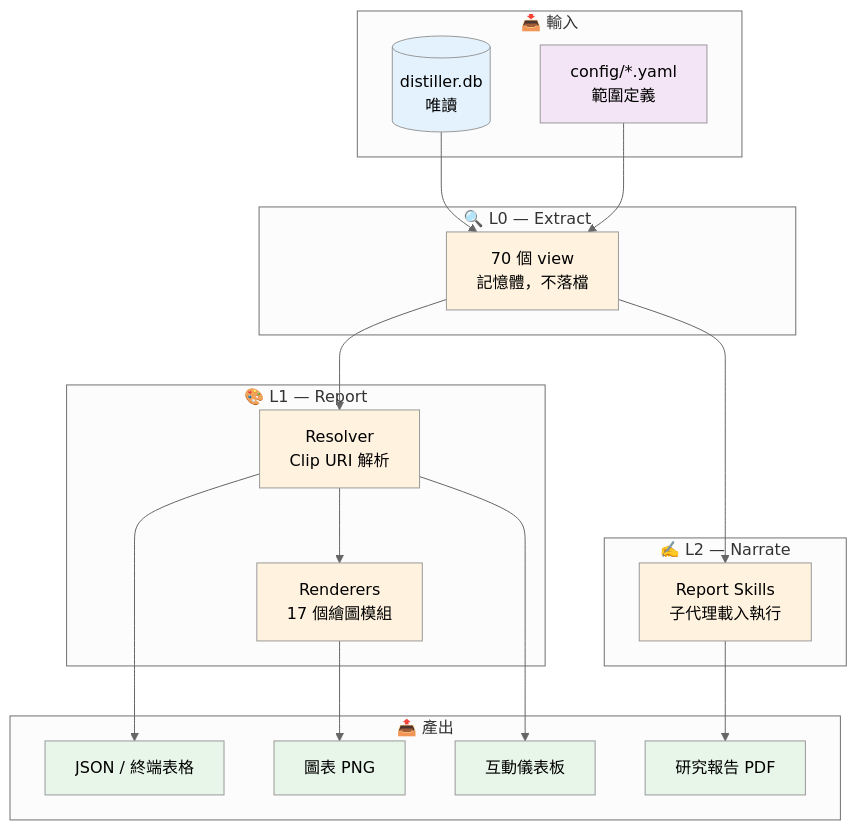
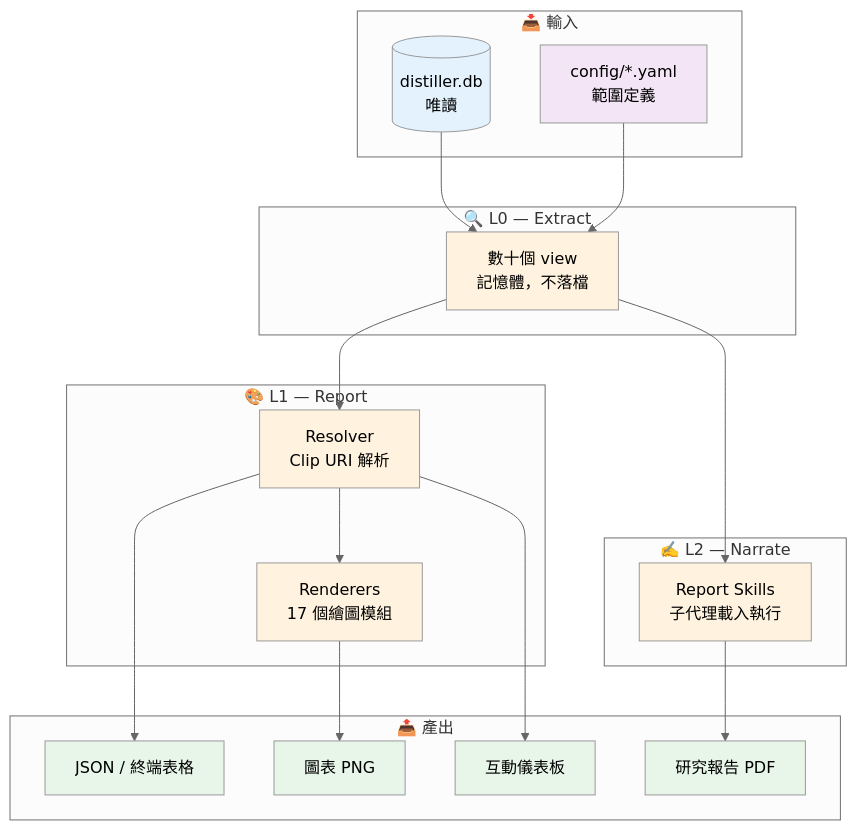
One commit to mapleelpam/LuminNexus-LearningMap changed the diagram in projects/prismavision/thejournalism.md. Above: the diagram before and after it, drawn with Mermaid (neutral theme). The commit also changed other lines of this file and 2 other files, not shown here.

````diff
--- a/projects/prismavision/thejournalism.md
+++ b/projects/prismavision/thejournalism.md
@@ -91,48 +93,48 @@
 ```mermaid
 graph TB
     subgraph Input["📥 輸入"]
         DB[(distiller.db<br/>唯讀)]
         CFG[config/*.yaml<br/>範圍定義]
     end
 
     subgraph L0["🔍 L0 — Extract"]
-        EX[70 個 view<br/>記憶體，不落檔]
+        EX[數十個 view<br/>記憶體，不落檔]
     end
 
     subgraph L1["🎨 L1 — Report"]
         RS[Resolver<br/>Clip URI 解析]
         RD[Renderers<br/>17 個繪圖模組]
     end
 
     subgraph L2["✍️ L2 — Narrate"]
         SK[Report Skills<br/>子代理載入執行]
     end
 
     subgraph Output["📤 產出"]
         JSON[JSON / 終端表格]
         PNG[圖表 PNG]
         DASH[互動儀表板]
         PDF[研究報告 PDF]
     end
 
     DB --> EX
     CFG --> EX
     EX --> RS
     RS --> RD
     RS --> JSON
     RD --> PNG
     EX --> SK
     SK --> PDF
     RS --> DASH
 
     style DB fill:#e3f2fd
     style CFG fill:#f3e5f5
     style EX fill:#fff3e0
     style RS fill:#fff3e0
     style RD fill:#fff3e0
     style SK fill:#fff3e0
     style JSON fill:#e8f5e9
     style PNG fill:#e8f5e9
     style DASH fill:#e8f5e9
     style PDF fill:#e8f5e9
 ```
````
